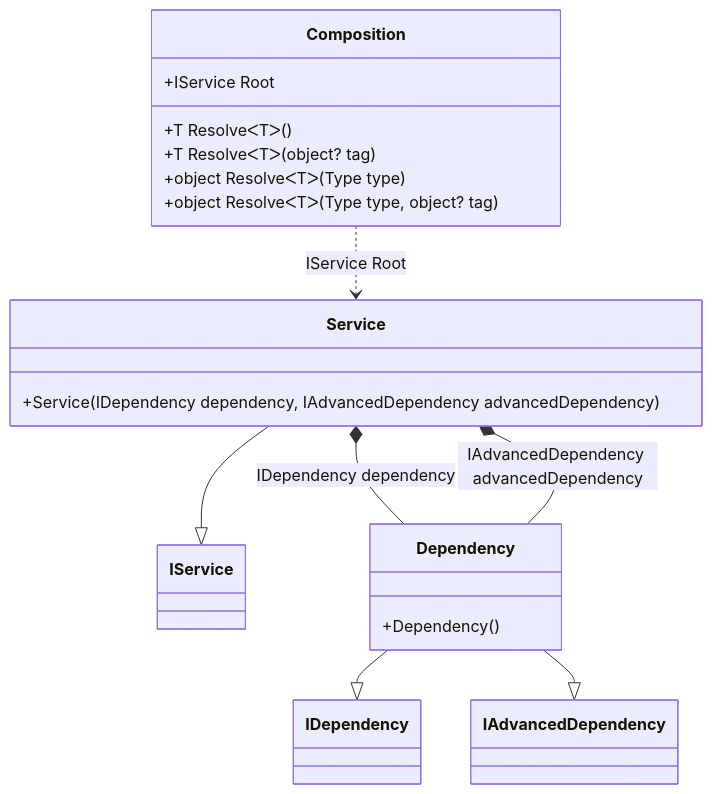
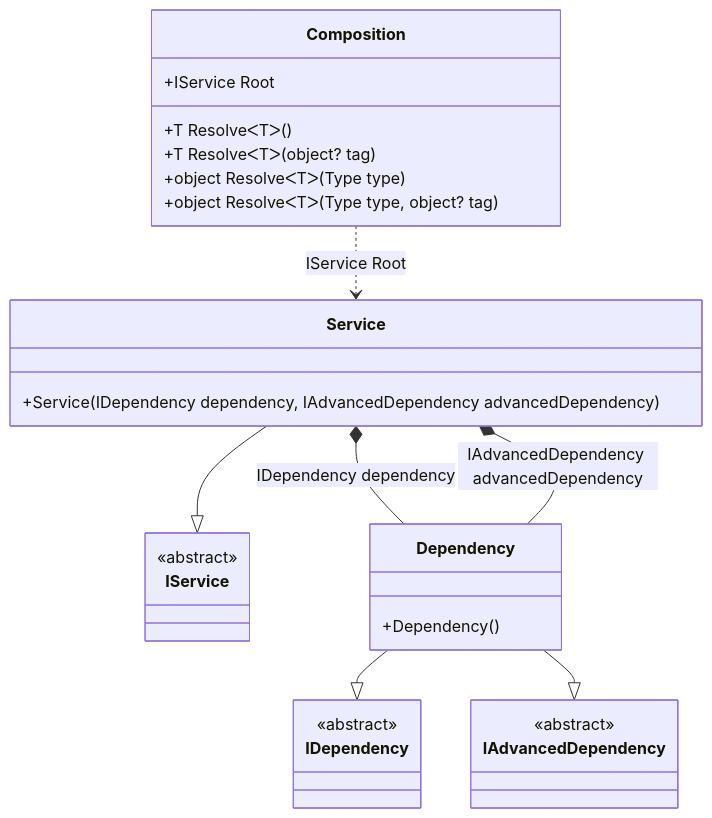
One commit to DevTeam/Pure.DI changed the tenth of 35 diagrams in readme/Examples.md. Above: the diagram before and after it, drawn with Mermaid. The commit also changed other lines of this file and 3 other files, not shown here.

````diff
--- a/readme/Examples.md
+++ b/readme/Examples.md
@@ -696,22 +747,31 @@
 ```mermaid
 classDiagram
-class Composition {
-+IService Root
-+T ResolveᐸTᐳ()
-+T ResolveᐸTᐳ(object? tag)
-+object ResolveᐸTᐳ(Type type)
-+object ResolveᐸTᐳ(Type type, object? tag)
-}
-Service --|> IService : 
-class Service {
-+Service(IDependency dependency, IAdvancedDependency advancedDependency)
-}
-Dependency --|> IDependency : 
-Dependency --|> IAdvancedDependency : 
-class Dependency {
-+Dependency()
-}
-Service *--  Dependency : IDependency dependency
-Service *--  Dependency : IAdvancedDependency advancedDependency
-Composition ..> Service : IService Root
+  class Composition {
+    +IService Root
+    +T ResolveᐸTᐳ()
+    +T ResolveᐸTᐳ(object? tag)
+    +object ResolveᐸTᐳ(Type type)
+    +object ResolveᐸTᐳ(Type type, object? tag)
+  }
+  Service --|> IService : 
+  class Service {
+    +Service(IDependency dependency, IAdvancedDependency advancedDependency)
+  }
+  Dependency --|> IDependency : 
+  Dependency --|> IAdvancedDependency : 
+  class Dependency {
+    +Dependency()
+  }
+  class IService {
+    <<abstract>>
+  }
+  class IDependency {
+    <<abstract>>
+  }
+  class IAdvancedDependency {
+    <<abstract>>
+  }
+  Service *--  Dependency : IDependency dependency
+  Service *--  Dependency : IAdvancedDependency advancedDependency
+  Composition ..> Service : IService Root
 ```
````
